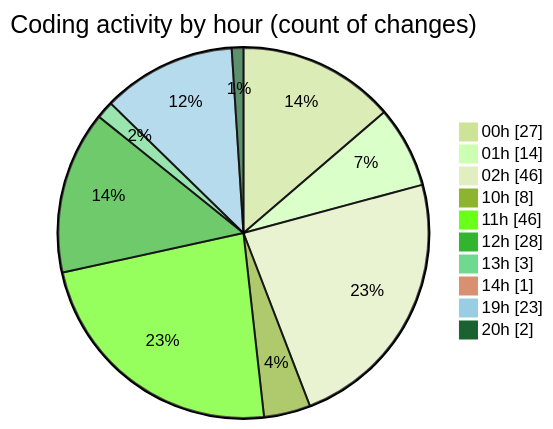
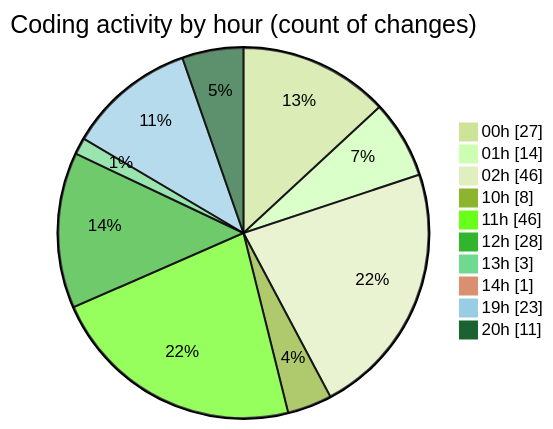
One commit to lephambinh05/code-tracking changed the second of 2 diagrams in 2025-07-17/nhahang/README.md. Above: the diagram before and after it, drawn with Mermaid (forest theme). The commit also changed other lines of this file and 1 other file, not shown here.

````diff
--- a/2025-07-17/nhahang/README.md
+++ b/2025-07-17/nhahang/README.md
@@ -89,14 +92,14 @@
 ```mermaid
 pie showData
 title Coding activity by hour (count of changes)
 "00h" : 27
 "01h" : 14
 "02h" : 46
 "10h" : 8
 "11h" : 46
 "12h" : 28
 "13h" : 3
 "14h" : 1
 "19h" : 23
-"20h" : 2
+"20h" : 11
 ```
````
